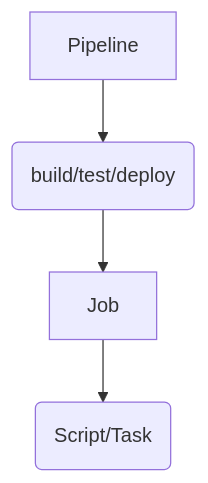
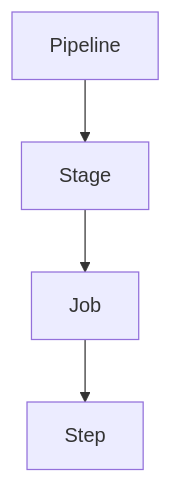
Before and after one commit to dejanu/az104: the diagram in azdevops/azdevops.md, drawn with Mermaid. The commit also changed other lines of this file, not shown here.

Commit message:
update mermaid

````diff
--- a/azdevops/azdevops.md
+++ b/azdevops/azdevops.md
@@ -6,4 +6,4 @@
 ```mermaid
  graph TD;
-      Pipeline-->Stage(build/test/deploy)-->Job-->Step(Script/Task);
+      Pipeline-->Stage-->Job-->Step;
 ```
````
